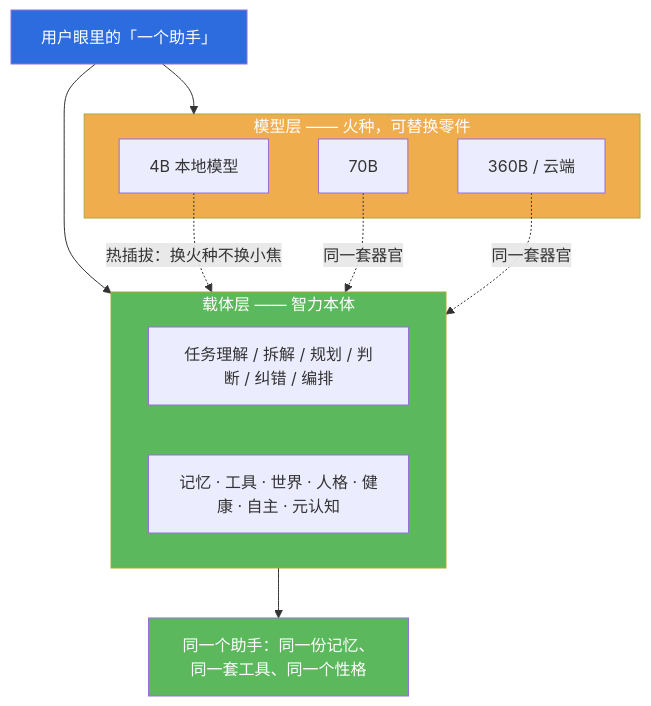
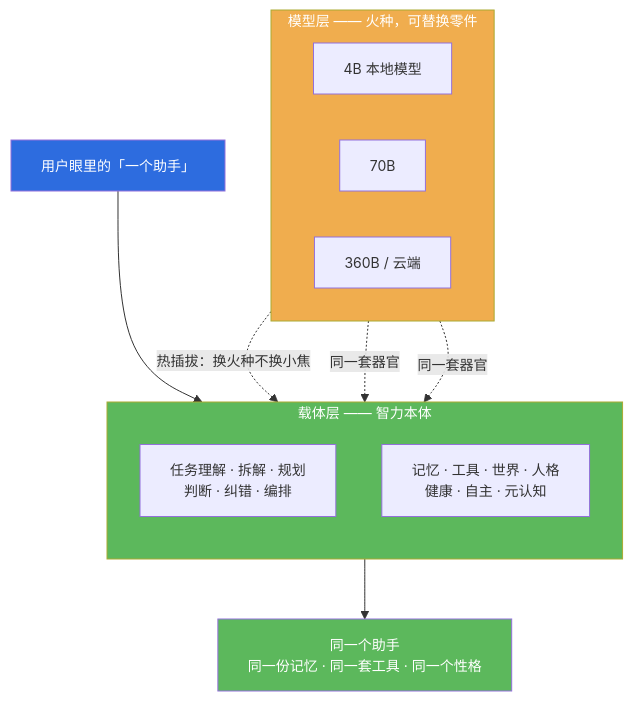
Before and after one commit to jiangchuangege/xiaojiao-harnees: the first of 7 diagrams in README.md, drawn with Mermaid.

Commit message:
﻿修 README 核心设计图：标签被裁 + 指向空处的箭头
- 补上 %%{init}%%（这是全仓唯一没有主题指令的块，没有 wrappingWidth 就会把长标签裁掉，
  实测 "判断/健康/同一个助手…" 被截断）
- 长标签拆两行：C1、C2、OUT 用 <br/> 分行，不再靠单行塞满
- 去掉 ROOT --> MODEL 这条边：它指向的是一个 subgraph 边框，视觉上像指向空处；
  模型层与载体的关系已由 M1/M2/M3 三条虚线表达到 CORE 的连线说明
- 配色保持原样（这张图是用户认可的基准样式），不改动

验收：check_mermaid 134 图 0 问题 ｜ check_docs 错误 0 警告 0 ｜ test_docs_audit 43/43

````diff
--- a/README.md
+++ b/README.md
@@ -99,23 +99,25 @@
 ```mermaid
+%%{init: {"themeVariables": {"fontSize": "14px"}, "flowchart": {"htmlLabels": true, "wrappingWidth": 400, "nodeSpacing": 46, "rankSpacing": 60, "useMaxWidth": true}}}%%
 flowchart TB
     ROOT["用户眼里的「一个助手」"]
     subgraph MODEL["模型层 —— 火种，可替换零件"]
+        direction LR
         M1["4B 本地模型"]
         M2["70B"]
         M3["360B / 云端"]
     end
     subgraph CORE["载体层 —— 智力本体"]
-        C1["任务理解 / 拆解 / 规划 / 判断 / 纠错 / 编排"]
-        C2["记忆 · 工具 · 世界 · 人格 · 健康 · 自主 · 元认知"]
+        direction TB
+        C1["任务理解 · 拆解 · 规划<br/>判断 · 纠错 · 编排"]
+        C2["记忆 · 工具 · 世界 · 人格<br/>健康 · 自主 · 元认知"]
     end
-    ROOT --> MODEL
     ROOT --> CORE
     M1 -.->|"热插拔：换火种不换小焦"| CORE
     M2 -.->|"同一套器官"| CORE
     M3 -.->|"同一套器官"| CORE
-    CORE --> OUT["同一个助手：同一份记忆、同一套工具、同一个性格"]
+    CORE --> OUT["同一个助手<br/>同一份记忆 · 同一套工具 · 同一个性格"]
     style ROOT fill:#2d6cdf,color:#fff
     style CORE fill:#5cb85c,color:#fff
     style MODEL fill:#f0ad4e,color:#fff
     style OUT fill:#5cb85c,color:#fff
 ```
````
